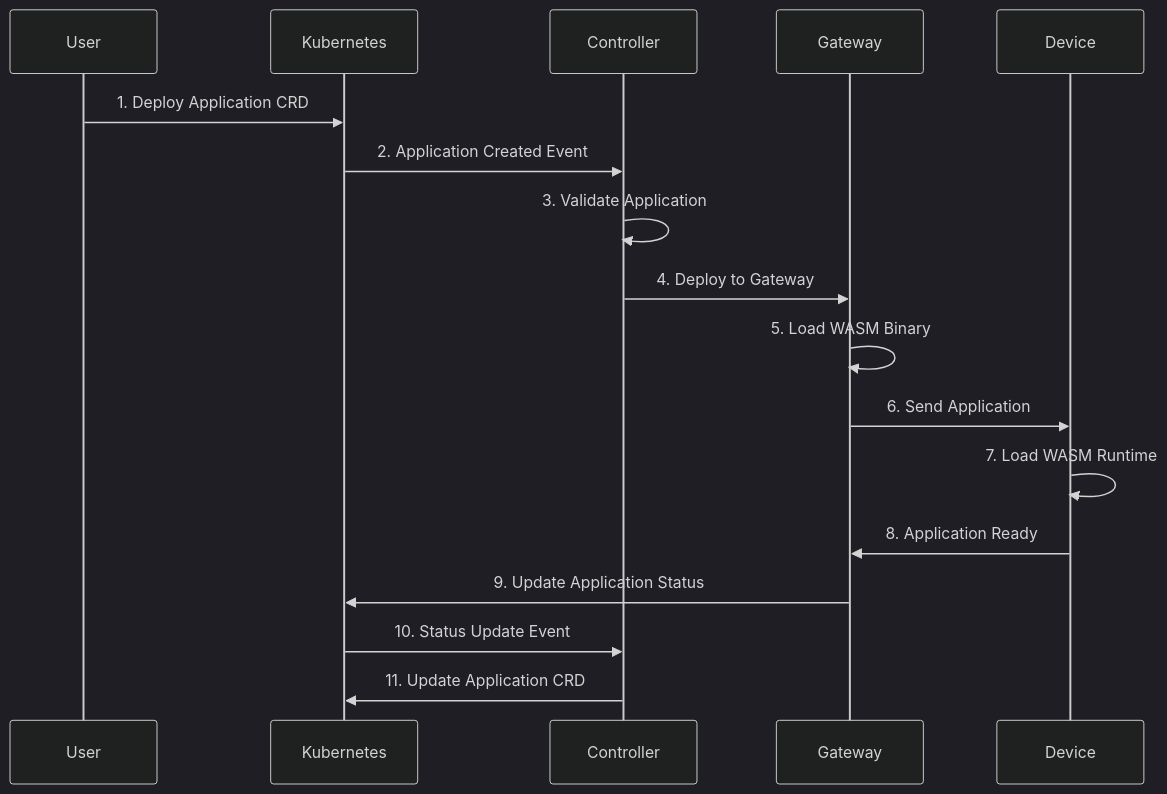
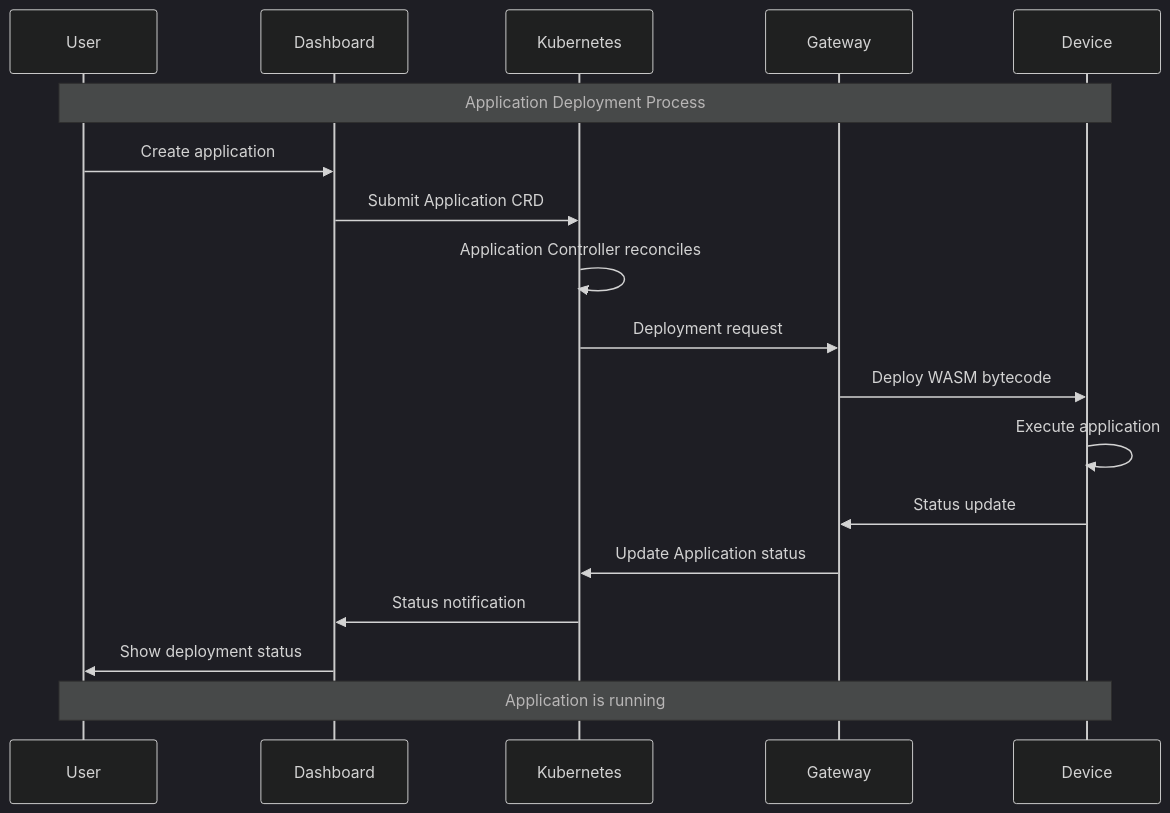
Before and after one commit to lucadagati/retrospect: the third of 4 diagrams in README.md, drawn with Mermaid (dark theme). The commit also changed other lines of this file and 148 other files, not shown here.

````diff
--- a/README.md
+++ b/README.md
@@ -129,20 +262,23 @@
 ```mermaid
 sequenceDiagram
     participant U as User
+    participant D as Dashboard
     participant K as Kubernetes
-    participant C as Controller
     participant G as Gateway
-    participant D as Device
+    participant DEV as Device
     
-    U->>K: 1. Deploy Application CRD
-    K->>C: 2. Application Created Event
-    C->>C: 3. Validate Application
-    C->>G: 4. Deploy to Gateway
-    G->>G: 5. Load WASM Binary
-    G->>D: 6. Send Application
-    D->>D: 7. Load WASM Runtime
-    D->>G: 8. Application Ready
-    G->>K: 9. Update Application Status
-    K->>C: 10. Status Update Event
-    C->>K: 11. Update Application CRD
+    Note over U,DEV: Application Deployment Process
+    
+    U->>D: Create application
+    D->>K: Submit Application CRD
+    K->>K: Application Controller reconciles
+    K->>G: Deployment request
+    G->>DEV: Deploy WASM bytecode
+    DEV->>DEV: Execute application
+    DEV->>G: Status update
+    G->>K: Update Application status
+    K->>D: Status notification
+    D->>U: Show deployment status
+    
+    Note over U,DEV: Application is running
 ```
````
